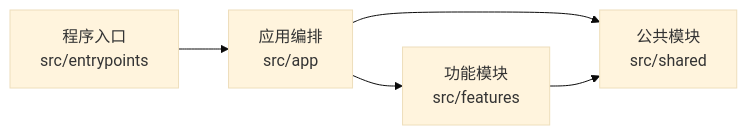
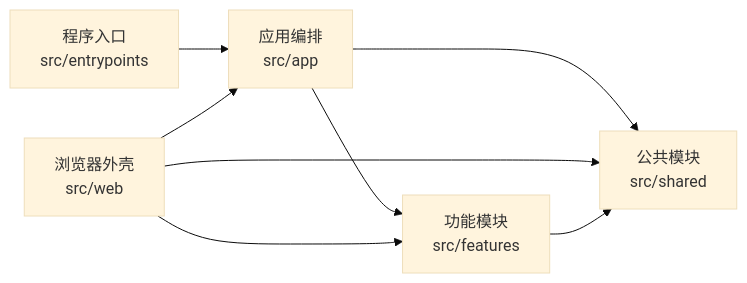
The first of 4 diagrams in docs/architecture.md (ChouChiu/Purivox), drawn with Mermaid (base theme) before and after one commit. The commit also changed other lines of this file and 63 other files, not shown here.

````diff
--- a/docs/architecture.md
+++ b/docs/architecture.md
@@ -30,7 +31,10 @@
 ```mermaid
 flowchart LR
     entry["程序入口<br/>src/entrypoints"] --> app["应用编排<br/>src/app"]
+    browser["浏览器外壳<br/>src/web"] --> app
     app --> feature["功能模块<br/>src/features"]
     app --> shared["公共模块<br/>src/shared"]
+    browser --> feature
+    browser --> shared
     feature --> shared
 ```
````
